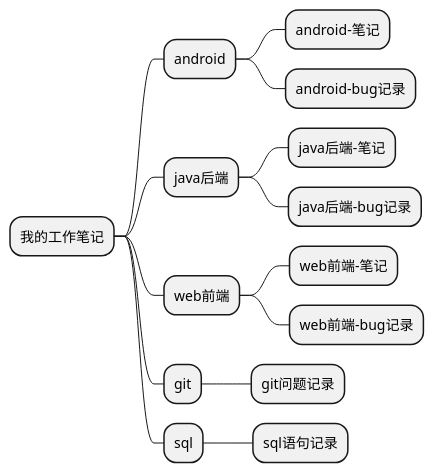
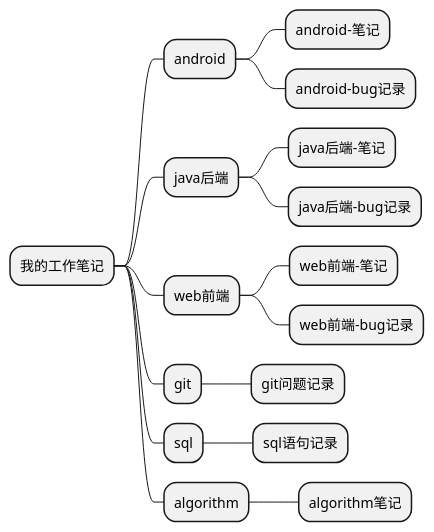
Before and after one commit to victorliuboom/MyNotes: the diagram in README.md, drawn with PlantUML.

Commit message:
增加算法笔记

````diff
--- a/README.md
+++ b/README.md
@@ -4,18 +4,20 @@
 ```plantuml
 @startmindmap
 * 我的工作笔记
 ** android
 *** android-笔记
 *** android-bug记录
 ** java后端
 *** java后端-笔记
 *** java后端-bug记录
 ** web前端
 *** web前端-笔记
 *** web前端-bug记录
 ** git
 *** git问题记录
 ** sql
 *** sql语句记录
+** algorithm
+*** algorithm笔记
 @endmindmap
 ```
````
